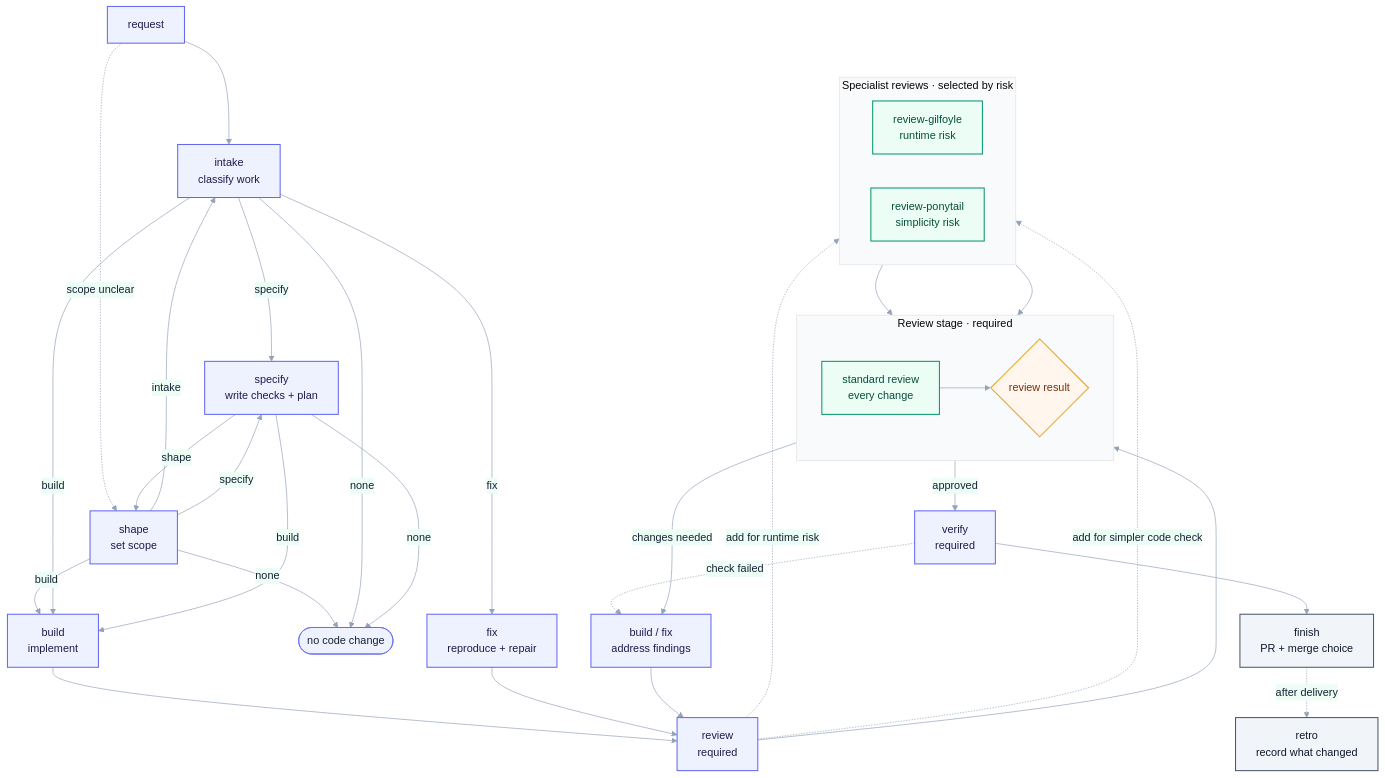
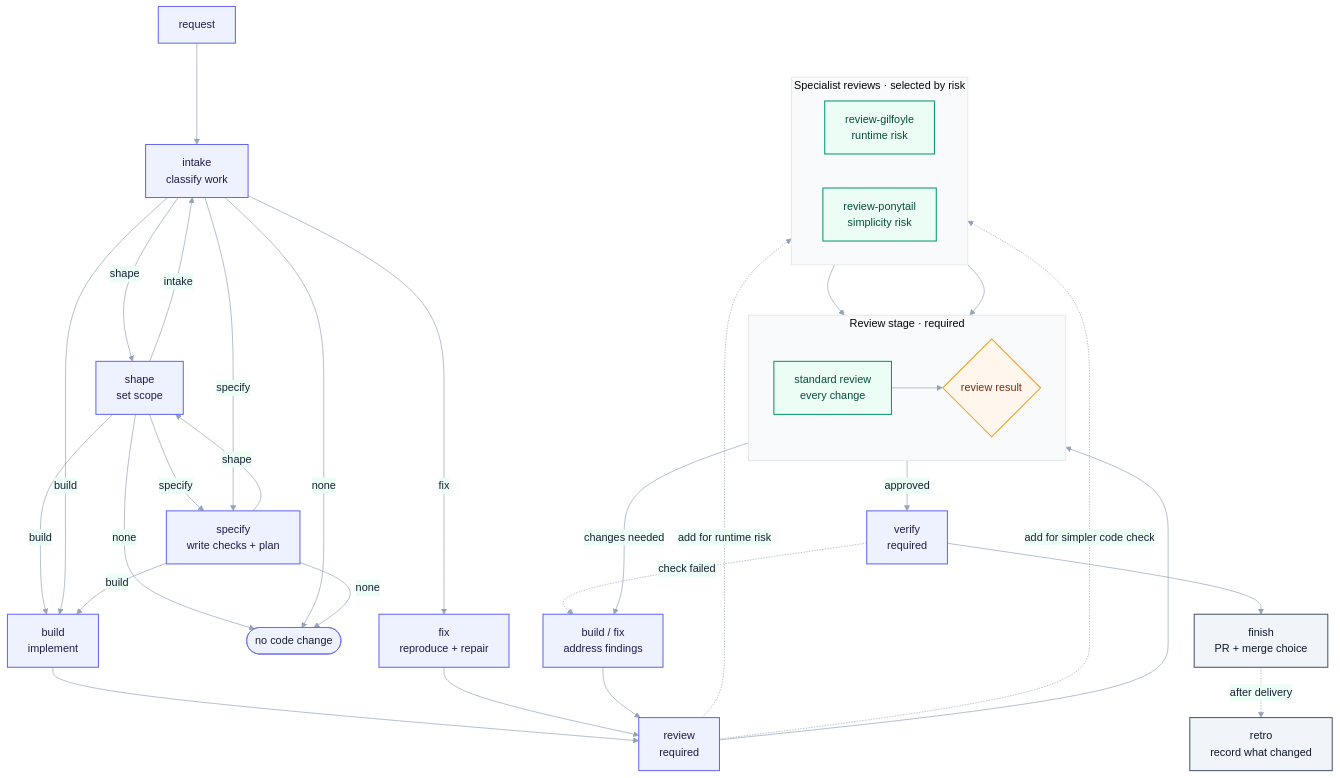
One commit to Igloczek/skills changed the second of 2 diagrams in README.md. Above: the diagram before and after it, drawn with Mermaid. The commit also changed other lines of this file and 1 other file, not shown here.

Commit message:
docs: route unclear work through intake

````diff
--- a/README.md
+++ b/README.md
@@ -96,59 +97,59 @@
 ```mermaid
 %%{init: {"theme":"base","themeVariables":{"fontFamily":"ui-sans-serif,system-ui,sans-serif","lineColor":"#94a3b8","primaryColor":"#eef2ff","primaryTextColor":"#172033","primaryBorderColor":"#6366f1","secondaryColor":"#ecfdf5","tertiaryColor":"#f8fafc"}}}%%
 flowchart TD
     request["request"] --> intake["intake<br/>classify work"]
-    request -. scope unclear .-> shape["shape<br/>set scope"]
 
+    intake -->|shape| shape["shape<br/>set scope"]
     shape -->|intake| intake
     shape -->|specify| specify["specify<br/>write checks + plan"]
     shape -->|build| build["build<br/>implement"]
     shape -->|none| done(["no code change"])
 
     intake -->|specify| specify
     intake -->|build| build
     intake -->|fix| fix["fix<br/>reproduce + repair"]
     intake -->|none| done
 
     specify -->|shape| shape
     specify -->|build| build
     specify -->|none| done
 
     build --> review["review<br/>required"]
     fix --> review
 
     subgraph review_stage["Review stage · required"]
         direction LR
         standard_review["standard review<br/>every change"]
         review_result{"review result"}
     end
 
     subgraph specialist_stage["Specialist reviews · selected by risk"]
         direction LR
         review_gilfoyle["review-gilfoyle<br/>runtime risk"]
         review_ponytail["review-ponytail<br/>simplicity risk"]
     end
 
     review --> standard_review
     review -. add for runtime risk .-> review_gilfoyle
     review -. add for simpler code check .-> review_ponytail
     standard_review --> review_result
     review_gilfoyle --> review_result
     review_ponytail --> review_result
 
     review_result -->|approved| verify["verify<br/>required"]
     review_result -->|changes needed| rework["build / fix<br/>address findings"]
     rework --> review
 
     verify -. check failed .-> rework
     verify --> finish["finish<br/>PR + merge choice"]
     finish -. after delivery .-> retro["retro<br/>record what changed"]
 
     classDef core fill:#eef2ff,stroke:#6366f1,color:#1e1b4b,stroke-width:1.5px;
     classDef review fill:#ecfdf5,stroke:#059669,color:#064e3b,stroke-width:1.5px;
     classDef decision fill:#fff7ed,stroke:#f59e0b,color:#7c2d12,stroke-width:1.5px;
     classDef terminal fill:#f1f5f9,stroke:#475569,color:#0f172a,stroke-width:1.5px;
     class request,intake,shape,specify,build,fix,review,rework,verify core;
     class standard_review,review_gilfoyle,review_ponytail review;
     class review_result decision;
     class finish,retro terminal;
 ```
````
